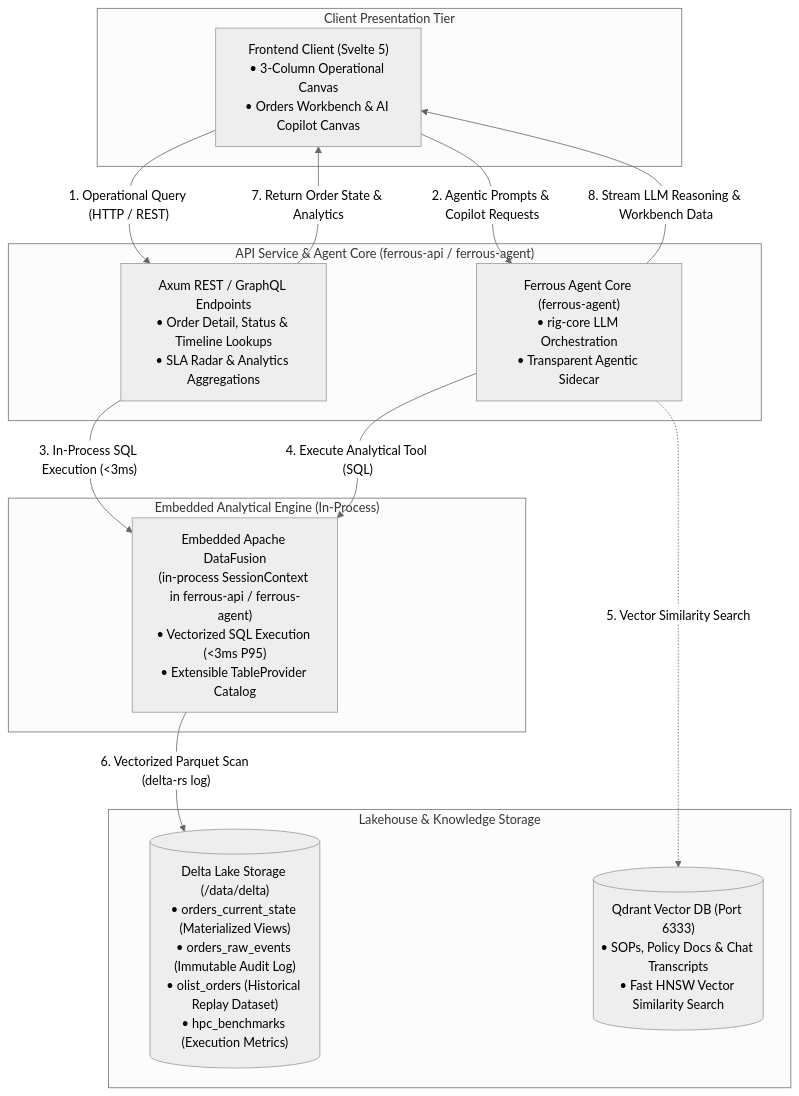
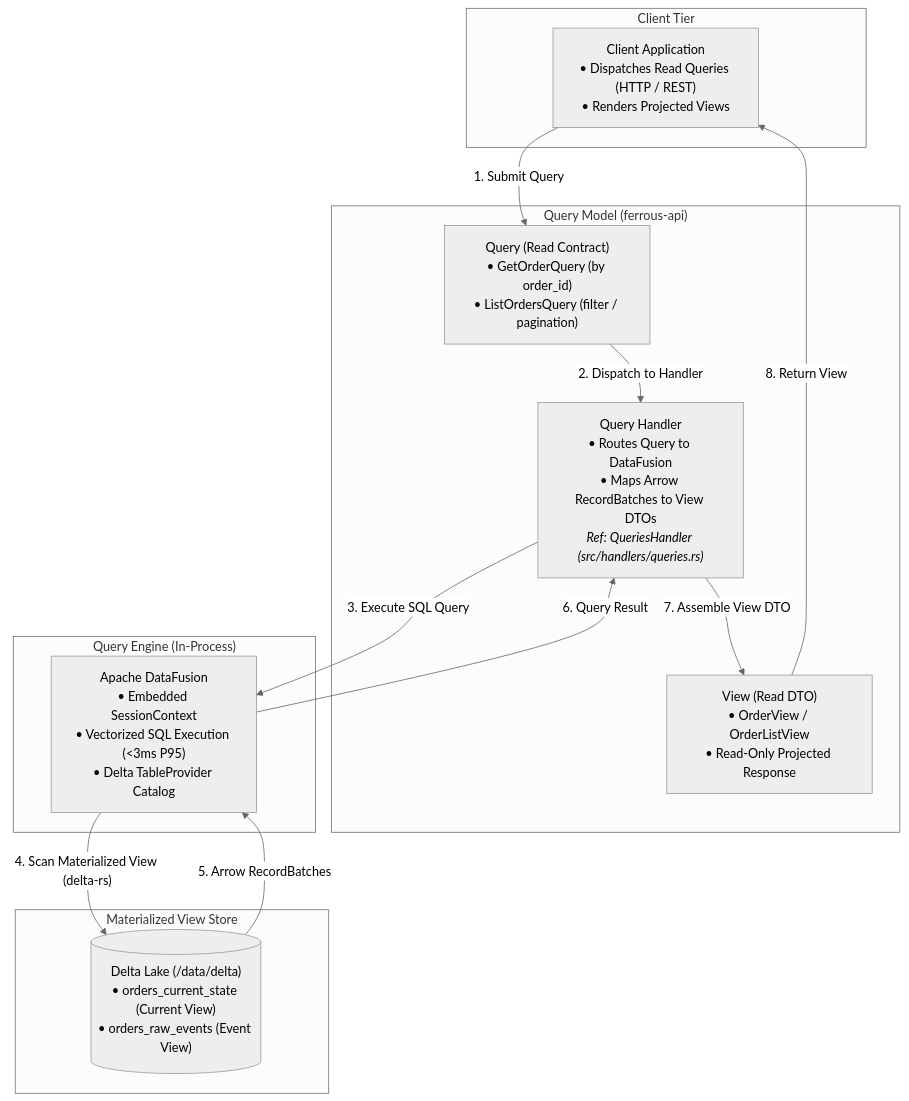
Before and after one commit to reidlai/ferrous-cx: the second of 2 diagrams in README.md, drawn with Mermaid (neutral theme). The commit also changed other lines of this file, not shown here.

Commit message:
docs(epic-19): focus Section 2 README architecture on pure CQRS/ES Query Model

````diff
--- a/README.md
+++ b/README.md
@@ -114,40 +116,34 @@
 ```mermaid
 flowchart TD
-    subgraph Frontend_Read ["Client Presentation Tier"]
-        ClientUI["Frontend Client (Svelte 5)<br/>• 3-Column Operational Canvas<br/>• Orders Workbench & AI Copilot Canvas"]
+    subgraph Client_Read ["Client Tier"]
+        ClientUI["Client Application<br/>• Dispatches Read Queries (HTTP / REST)<br/>• Renders Projected Views"]
     end
 
-    subgraph API_and_Agent_Tier ["API Service & Agent Core (ferrous-api / ferrous-agent)"]
-        ApiQuery["Axum REST / GraphQL Endpoints<br/>• Order Detail, Status & Timeline Lookups<br/>• SLA Radar & Analytics Aggregations"]
-        AgentCore["Ferrous Agent Core (ferrous-agent)<br/>• rig-core LLM Orchestration<br/>• Transparent Agentic Sidecar"]
+    subgraph Query_Tier ["Query Model (ferrous-api)"]
+        Query["Query (Read Contract)<br/>• GetOrderQuery (by order_id)<br/>• ListOrdersQuery (filter / pagination)"]
+        QueryHandler["Query Handler<br/>• Routes Query to DataFusion<br/>• Maps Arrow RecordBatches to View DTOs<br/><i>Ref: QueriesHandler (src/handlers/queries.rs)</i>"]
+        View["View (Read DTO)<br/>• OrderView / OrderListView<br/>• Read-Only Projected Response"]
     end
 
-    subgraph Query_Engine_Tier ["Embedded Analytical Engine (In-Process)"]
-        DataFusion["Embedded Apache DataFusion<br/>(in-process SessionContext in ferrous-api / ferrous-agent)<br/>• Vectorized SQL Execution (<3ms P95)<br/>• Extensible TableProvider Catalog"]
+    subgraph Query_Engine_Tier ["Query Engine (In-Process)"]
+        DataFusion["Apache DataFusion<br/>• Embedded SessionContext<br/>• Vectorized SQL Execution (<3ms P95)<br/>• Delta TableProvider Catalog"]
     end
 
-    subgraph Storage_Tier ["Lakehouse & Knowledge Storage"]
-        DeltaLake[("Delta Lake Storage (/data/delta)<br/>• orders_current_state (Materialized Views)<br/>• orders_raw_events (Immutable Audit Log)<br/>• olist_orders (Historical Replay Dataset)<br/>• hpc_benchmarks (Execution Metrics)")]
-        VectorDB[("Qdrant Vector DB (Port 6333)<br/>• SOPs, Policy Docs & Chat Transcripts<br/>• Fast HNSW Vector Similarity Search")]
+    subgraph Read_Store_Tier ["Materialized View Store"]
+        DeltaLake[("Delta Lake (/data/delta)<br/>• orders_current_state (Current View)<br/>• orders_raw_events (Event View)")]
     end
 
-    Frontend_Read ~~~ API_and_Agent_Tier
-    API_and_Agent_Tier ~~~ Query_Engine_Tier
-    Query_Engine_Tier ~~~ Storage_Tier
+    Client_Read ~~~ Query_Tier
+    Query_Tier ~~~ Query_Engine_Tier
+    Query_Engine_Tier ~~~ Read_Store_Tier
 
-    %% Client Ingress
-    ClientUI -->|"1. Operational Query (HTTP / REST)"| ApiQuery
-    ClientUI -->|"2. Agentic Prompts & Copilot Requests"| AgentCore
-
-    %% In-Process DataFusion Execution
-    ApiQuery -->|"3. In-Process SQL Execution (<3ms)"| DataFusion
-    AgentCore -->|"4. Execute Analytical Tool (SQL)"| DataFusion
-    AgentCore -.->|"5. Vector Similarity Search"| VectorDB
-
-    %% Vectorized Lakehouse Parquet Scan
-    DataFusion -->|"6. Vectorized Parquet Scan (delta-rs log)"| DeltaLake
-
-    %% Stream & Result Delivery
-    ApiQuery -->|"7. Return Order State & Analytics"| ClientUI
-    AgentCore -->|"8. Stream LLM Reasoning & Workbench Data"| ClientUI
+    %% Query & View Flow
+    ClientUI -->|"1. Submit Query"| Query
+    Query -->|"2. Dispatch to Handler"| QueryHandler
+    QueryHandler -->|"3. Execute SQL Query"| DataFusion
+    DataFusion -->|"4. Scan Materialized View (delta-rs)"| DeltaLake
+    DeltaLake -->|"5. Arrow RecordBatches"| DataFusion
+    DataFusion -->|"6. Query Result"| QueryHandler
+    QueryHandler -->|"7. Assemble View DTO"| View
+    View -->|"8. Return View"| ClientUI
 ```
````
